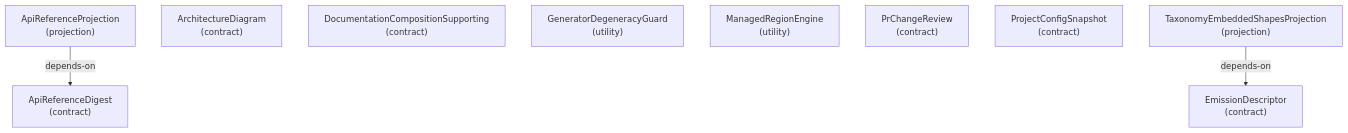
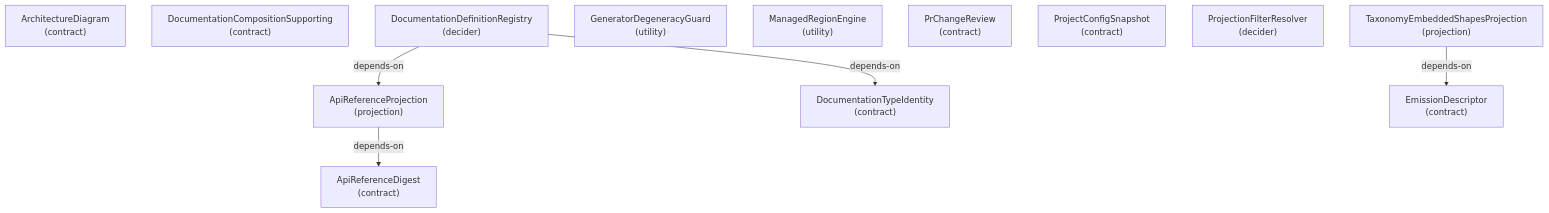
One commit to libar-dev/architect changed the seventh of 24 diagrams in docs-live/ARCHITECTURE.md. Above: the diagram before and after it, drawn with Mermaid. The commit also changed other lines of this file and 21 other files, not shown here.

First line of the commit message:
docs(live): regenerate docs-live from the reshaped graph

````diff
--- a/docs-live/ARCHITECTURE.md
+++ b/docs-live/ARCHITECTURE.md
@@ -145,15 +218,20 @@
 ```mermaid
 graph TD
   apireferencedigest["ApiReferenceDigest<br/>(contract)"]
   apireferenceprojection["ApiReferenceProjection<br/>(projection)"]
   architecturediagram["ArchitectureDiagram<br/>(contract)"]
   documentationcompositionsupporting["DocumentationCompositionSupporting<br/>(contract)"]
+  documentationdefinitionregistry["DocumentationDefinitionRegistry<br/>(decider)"]
+  documentationtypeidentity["DocumentationTypeIdentity<br/>(contract)"]
   emissiondescriptor["EmissionDescriptor<br/>(contract)"]
   generatordegeneracyguard["GeneratorDegeneracyGuard<br/>(utility)"]
   managedregionengine["ManagedRegionEngine<br/>(utility)"]
   prchangereview["PrChangeReview<br/>(contract)"]
   projectconfigsnapshot["ProjectConfigSnapshot<br/>(contract)"]
+  projectionfilterresolver["ProjectionFilterResolver<br/>(decider)"]
   taxonomyembeddedshapesprojection["TaxonomyEmbeddedShapesProjection<br/>(projection)"]
   apireferenceprojection -->|depends-on| apireferencedigest
+  documentationdefinitionregistry -->|depends-on| apireferenceprojection
+  documentationdefinitionregistry -->|depends-on| documentationtypeidentity
   taxonomyembeddedshapesprojection -->|depends-on| emissiondescriptor
 ```
````
